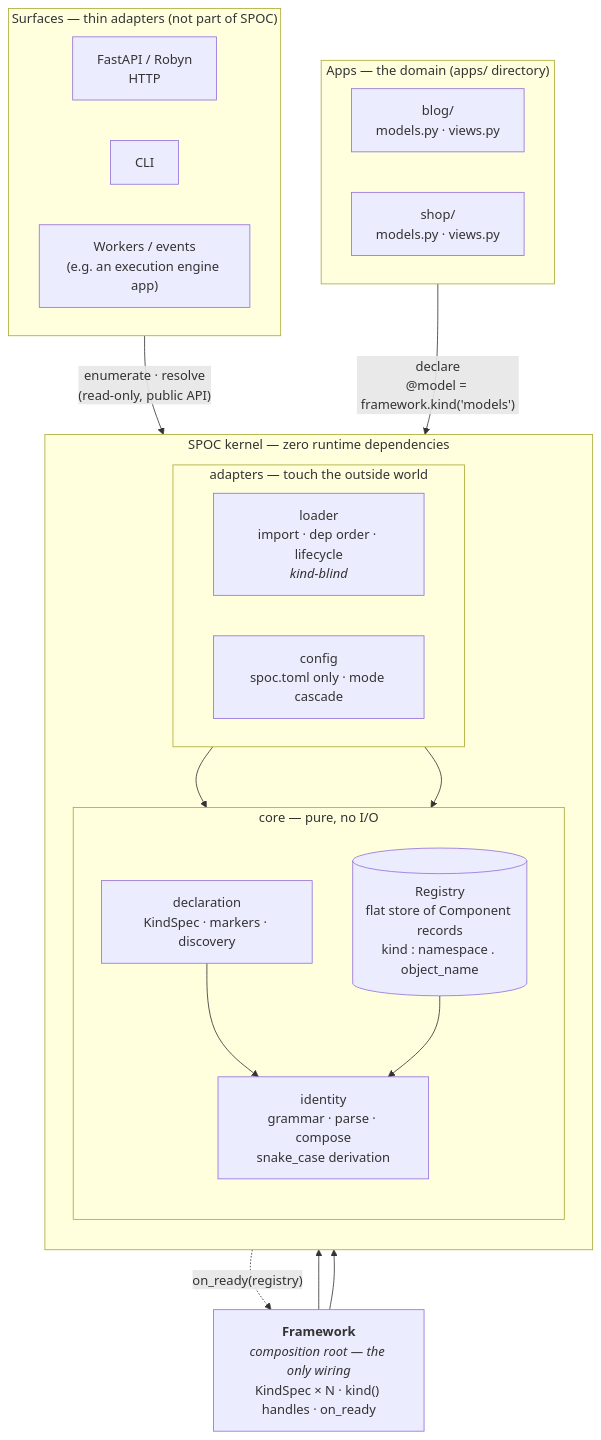
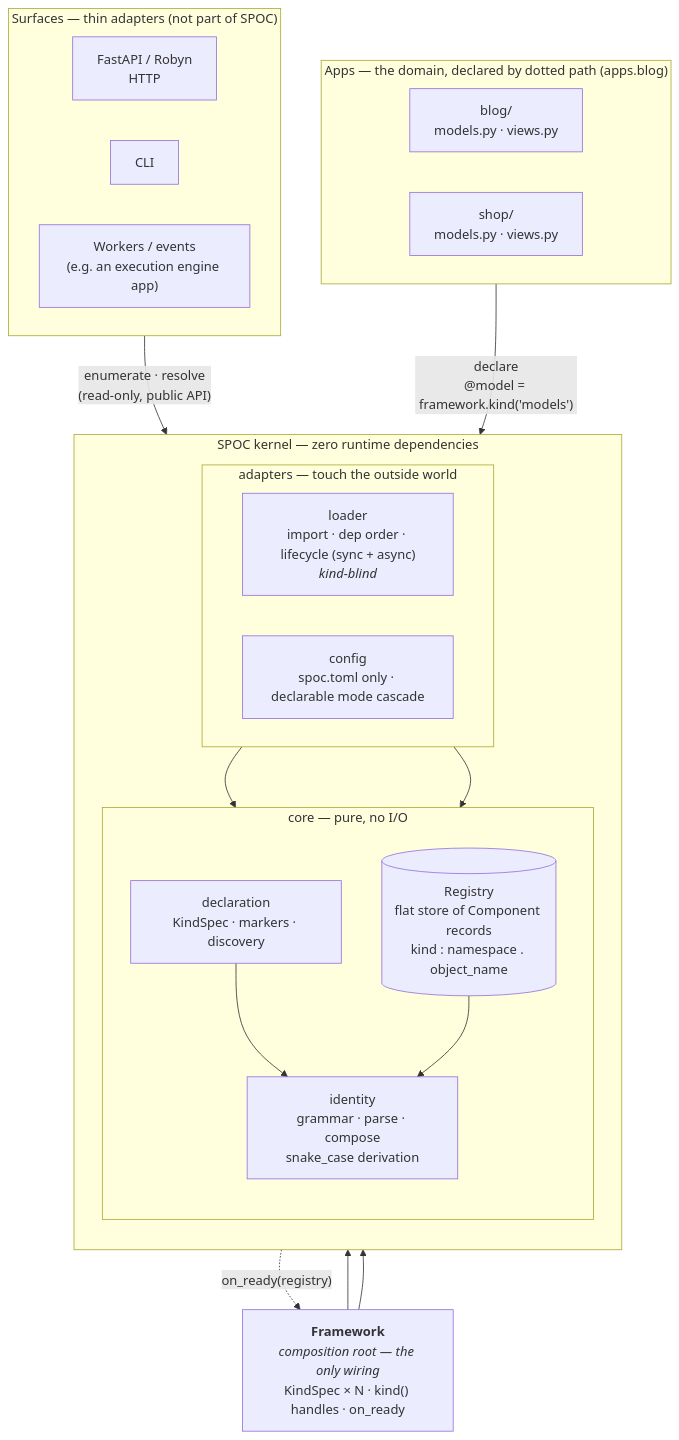
Before and after one commit to hlop3z/spoc: the first of 7 diagrams in docs/architecture/kernel.md, drawn with Mermaid. The commit also changed other lines of this file and 19 other files, not shown here.

````diff
--- a/docs/architecture/kernel.md
+++ b/docs/architecture/kernel.md
@@ -19,45 +19,45 @@
 ```mermaid
 flowchart TB
     subgraph surfaces ["Surfaces — thin adapters (not part of SPOC)"]
         direction LR
         fastapi["FastAPI / Robyn<br/>HTTP"]
         cli["CLI"]
         workers["Workers / events<br/>(e.g. an execution engine app)"]
     end
 
     root["<b>Framework</b><br/><i>composition root — the only wiring</i><br/>KindSpec × N · kind() handles · on_ready"]
 
     subgraph kernel ["SPOC kernel — zero runtime dependencies"]
         direction TB
 
         subgraph core ["core — pure, no I/O"]
             direction TB
             identity["identity<br/>grammar · parse · compose<br/>snake_case derivation"]
             declaration["declaration<br/>KindSpec · markers · discovery"]
             registry[("Registry<br/>flat store of Component records<br/>kind : namespace . object_name")]
         end
 
         subgraph adapters ["adapters — touch the outside world"]
             direction LR
-            loader["loader<br/>import · dep order · lifecycle<br/><i>kind-blind</i>"]
-            config["config<br/>spoc.toml only · mode cascade"]
+            loader["loader<br/>import · dep order · lifecycle (sync + async)<br/><i>kind-blind</i>"]
+            config["config<br/>spoc.toml only · declarable mode cascade"]
         end
     end
 
-    subgraph apps ["Apps — the domain (apps/ directory)"]
+    subgraph apps ["Apps — the domain, declared by dotted path (apps.blog)"]
         direction LR
         blog["blog/<br/>models.py · views.py"]
         shop["shop/<br/>models.py · views.py"]
     end
 
     declaration --> identity
     registry --> identity
     loader --> core
     config --> core
     root --> core
     root --> adapters
     registry -. "on_ready(registry)" .-> root
 
     surfaces -- "enumerate · resolve<br/>(read-only, public API)" --> registry
     apps -- "declare<br/>@model = framework.kind('models')" --> declaration
 ```
````
